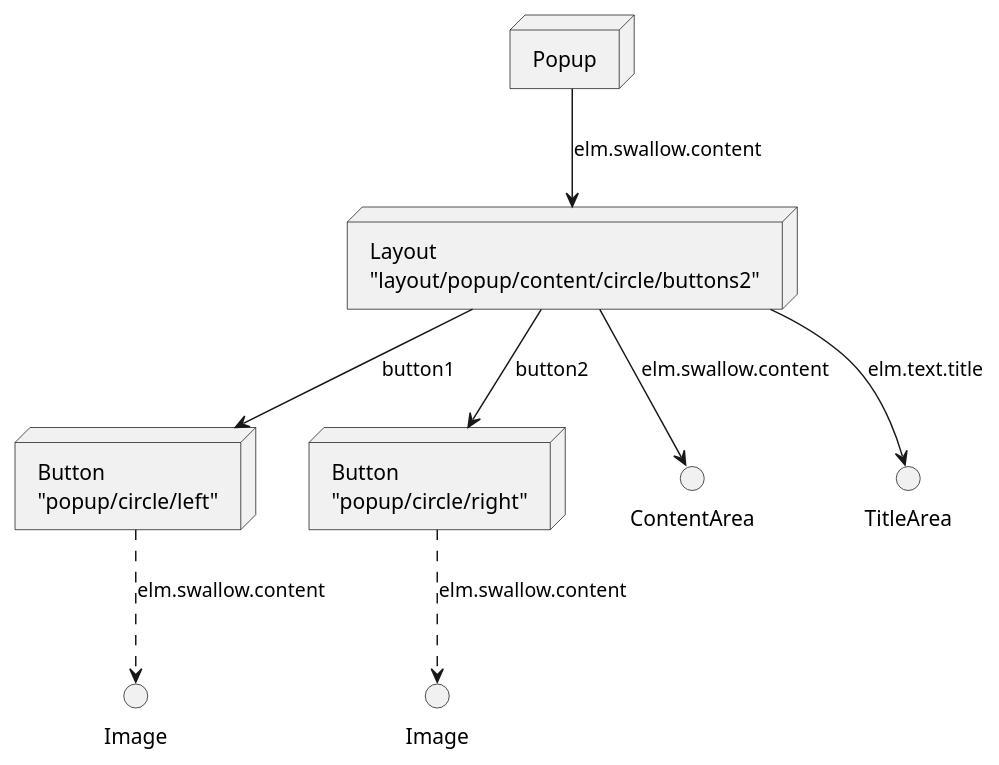
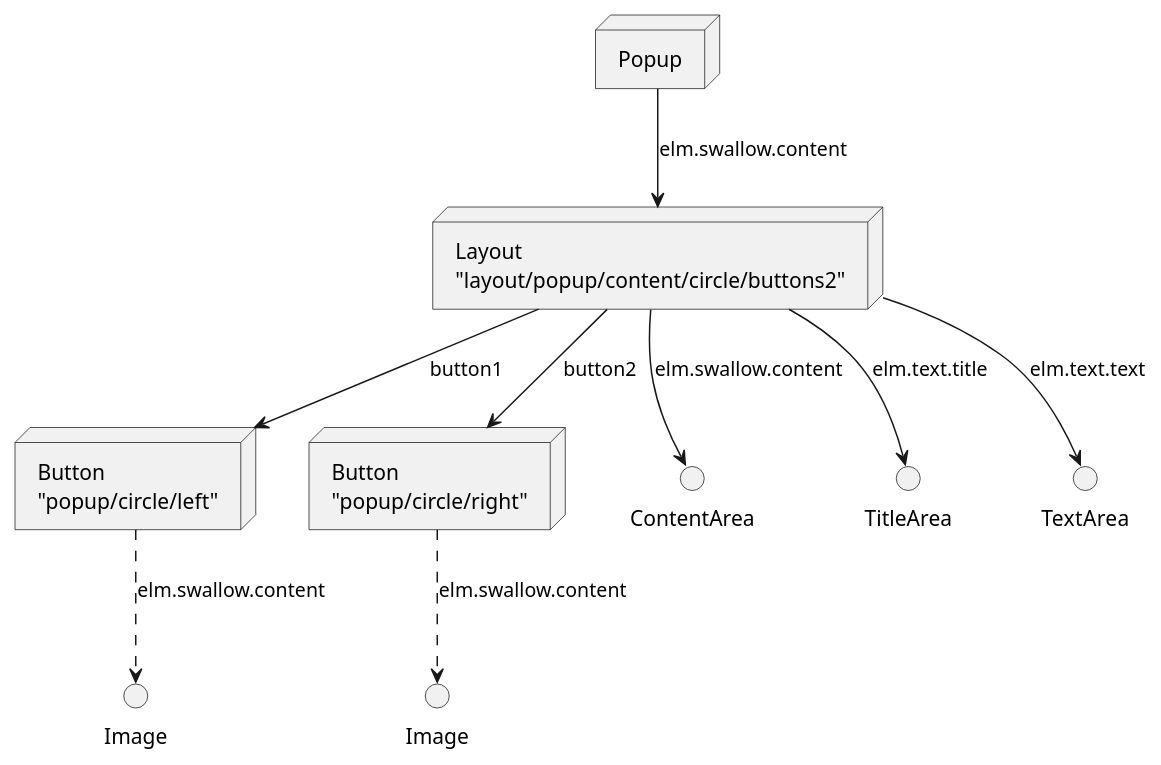
One commit to Samsung/Tizen.CircularUI changed diagram 17 of 19 in doc/design/uml/CirclePage.wsd. Above: the diagram before and after it, drawn with PlantUML. The commit also changed other lines of this file and 28 other files, not shown here.

First line of the commit message:
add InfomationPopup and rename TwoButtonPopup to ConfirmationPopup (#81)

```diff
--- a/doc/design/uml/CirclePage.wsd
+++ b/doc/design/uml/CirclePage.wsd
@@ -520,41 +522,43 @@
-@startuml TwoButtonPopup_SceneGraph.png
+@startuml ConfirmationPopup_SceneGraph.png
 
-node TwoButtonPopup [
+node ConfirmationPopup [
     Popup
 ]
 
 node BaseLayout [
     Layout
     "layout/popup/content/circle/buttons2"
 ]
 
 node FirstButton [
     Button
     "popup/circle/left"
 ]
 
 node SecondButton [
     Button
     "popup/circle/right"
 ]
 
 interface FirstButtonImage [
     Image
 ]
 
 interface SecondButtonImage [
     Image
 ]
 
 () ContentArea
 () TitleArea
+() TextArea
 
-TwoButtonPopup --> BaseLayout :  "elm.swallow.content"
+ConfirmationPopup --> BaseLayout :  "elm.swallow.content"
 BaseLayout --> ContentArea : "elm.swallow.content"
 BaseLayout --> TitleArea : "elm.text.title"
+BaseLayout --> TextArea : "elm.text.text"
 BaseLayout --> FirstButton : "button1"
 BaseLayout --> SecondButton : "button2"
 
 FirstButton ..> FirstButtonImage : "elm.swallow.content"
 SecondButton ..> SecondButtonImage : "elm.swallow.content"
 @enduml
```
